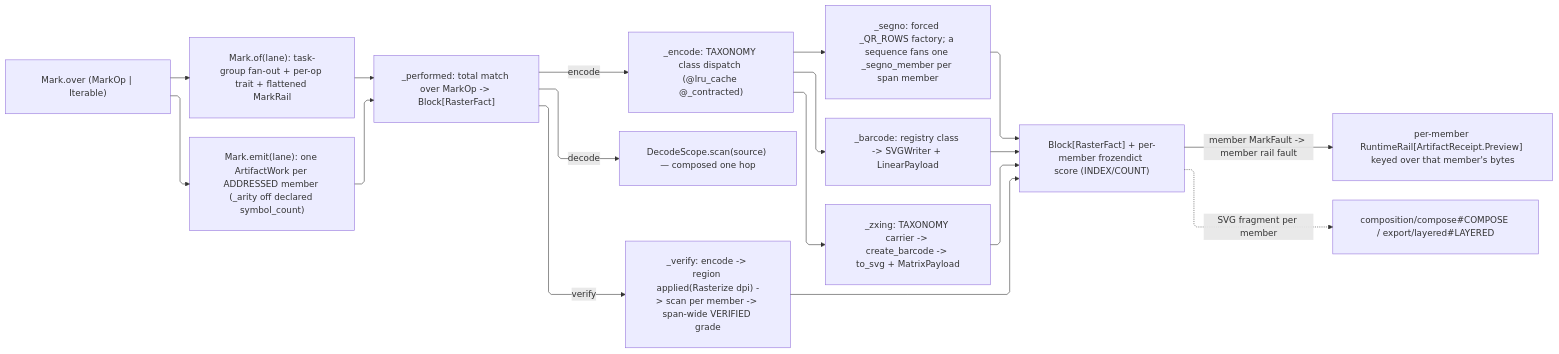
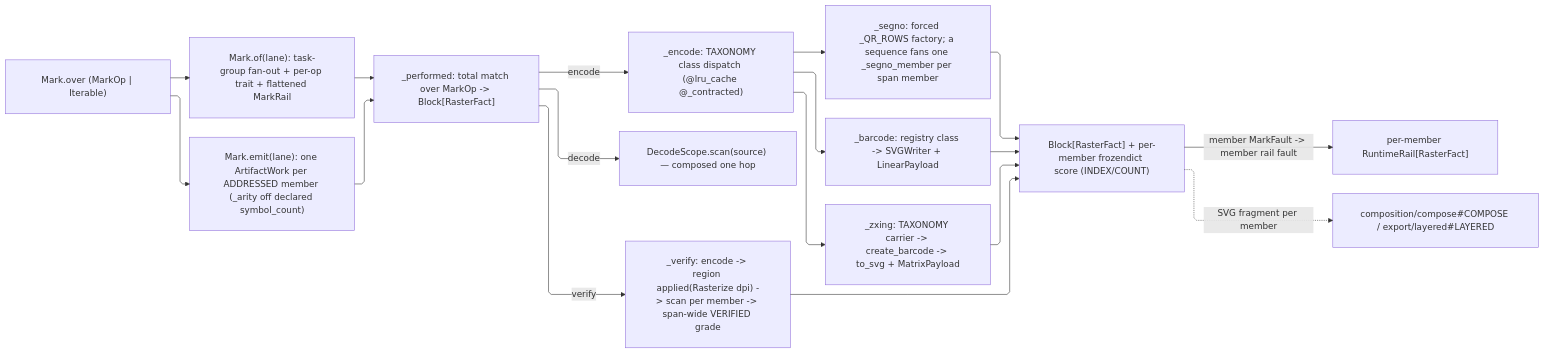
The diagram in libs/python/artifacts/.planning/graphic/marks/encode.md (bsamiee/Rasm), drawn with Mermaid before and after one commit. The commit also changed other lines of this file and 1417 other files, not shown here.

````diff
--- a/libs/python/artifacts/.planning/graphic/marks/encode.md
+++ b/libs/python/artifacts/.planning/graphic/marks/encode.md
@@ -594,28 +601,28 @@
 ```mermaid
 ---
 config:
   layout: elk
   flowchart:
     curve: linear
     padding: 25
 ---
 flowchart LR
     accTitle: Mark encode, decode, and verify dispatch
-    accDescr: The mark lane and work emitter both entering one total operation match whose encode arm dispatches by taxonomy class onto the QR, linear, and matrix writers, whose decode arm composes the scan scope one hop, and whose verify arm rasterizes its own carrier back through the scan for a span-wide grade, every arm answering a block of one fact per addressed member that the emitter selects into a per-member receipt.
+    accDescr: The mark lane and work emitter enter one total operation match whose encode arm dispatches by taxonomy class, whose decode arm composes the scan scope, and whose verify arm rasterizes its carrier through the scan; every arm answers one RasterFact per addressed member.
     Over["Mark.over (MarkOp | Iterable)"] --> Of["Mark.of(lane): task-group fan-out + per-op trait + flattened MarkRail"]
     Over --> Emit["Mark.emit(lane): one ArtifactWork per ADDRESSED member (_arity off declared symbol_count)"]
     Of --> Perf["_performed: total match over MarkOp -> Block[RasterFact]"]
     Emit --> Perf
     Perf -->|encode| Enc["_encode: TAXONOMY class dispatch (@lru_cache @_contracted)"]
     Perf -->|decode| Scan["DecodeScope.scan(source) — composed one hop"]
     Perf -->|verify| Ver["_verify: encode -> region applied(Rasterize dpi) -> scan per member -> span-wide VERIFIED grade"]
     Enc --> Qr["_segno: forced _QR_ROWS factory; a sequence fans one _segno_member per span member"]
     Enc --> Bar["_barcode: registry class -> SVGWriter + LinearPayload"]
     Enc --> Zx["_zxing: TAXONOMY carrier -> create_barcode -> to_svg + MatrixPayload"]
     Qr --> Fact["Block[RasterFact] + per-member frozendict score (INDEX/COUNT)"]
     Bar --> Fact
     Zx --> Fact
     Ver --> Fact
-    Fact -->|"member MarkFault -> member rail fault"| Receipt["per-member RuntimeRail[ArtifactReceipt.Preview] keyed over that member's bytes"]
+    Fact -->|"member MarkFault -> member rail fault"| Rail["per-member RuntimeRail[RasterFact]"]
     Fact -.->|"SVG fragment per member"| Compose["composition/compose#COMPOSE / export/layered#LAYERED"]
 ```
````
